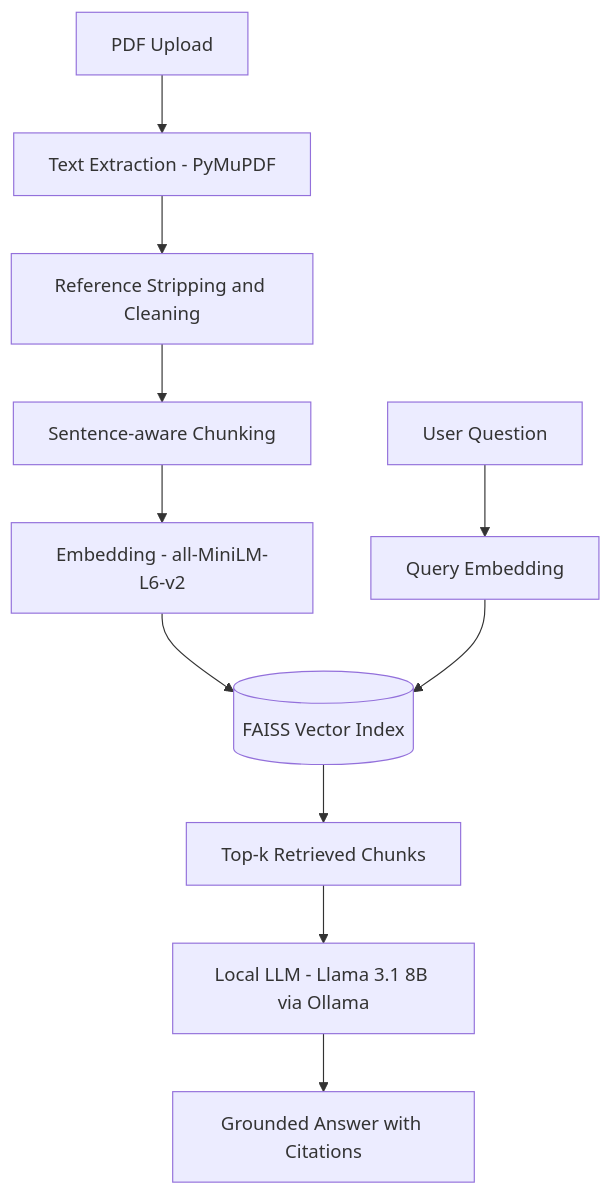
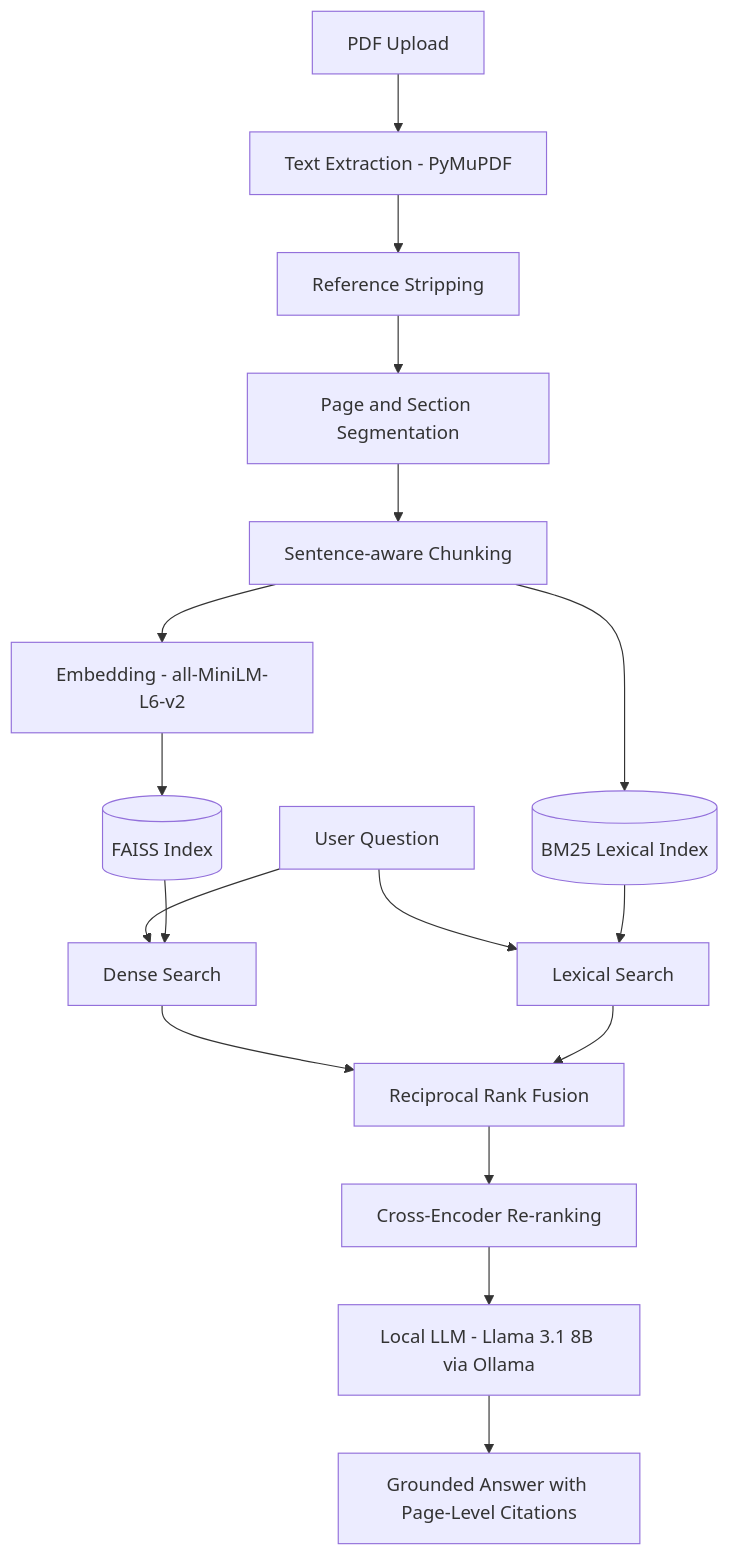
One commit to hsuhas154/research-paper-rag changed the diagram in README.md. Above: the diagram before and after it, drawn with Mermaid. The commit also changed other lines of this file and 21 other files, not shown here.

````diff
--- a/README.md
+++ b/README.md
@@ -13,13 +14,20 @@
 ```mermaid
 flowchart TD
     A[PDF Upload] --> B[Text Extraction - PyMuPDF]
-    B --> C[Reference Stripping and Cleaning]
-    C --> D[Sentence-aware Chunking]
-    D --> E[Embedding - all-MiniLM-L6-v2]
-    E --> F[(FAISS Vector Index)]
-    G[User Question] --> H[Query Embedding]
-    H --> F
-    F --> I[Top-k Retrieved Chunks]
-    I --> J[Local LLM - Llama 3.1 8B via Ollama]
-    J --> K[Grounded Answer with Citations]
+    B --> C[Reference Stripping]
+    C --> D[Page and Section Segmentation]
+    D --> E[Sentence-aware Chunking]
+    E --> F[Embedding - all-MiniLM-L6-v2]
+    F --> G[(FAISS Index)]
+    E --> H[(BM25 Lexical Index)]
+
+    Q[User Question] --> R1[Dense Search]
+    Q --> R2[Lexical Search]
+    G --> R1
+    H --> R2
+    R1 --> RRF[Reciprocal Rank Fusion]
+    R2 --> RRF
+    RRF --> RR[Cross-Encoder Re-ranking]
+    RR --> L[Local LLM - Llama 3.1 8B via Ollama]
+    L --> ANS[Grounded Answer with Page-Level Citations]
 ```
````
